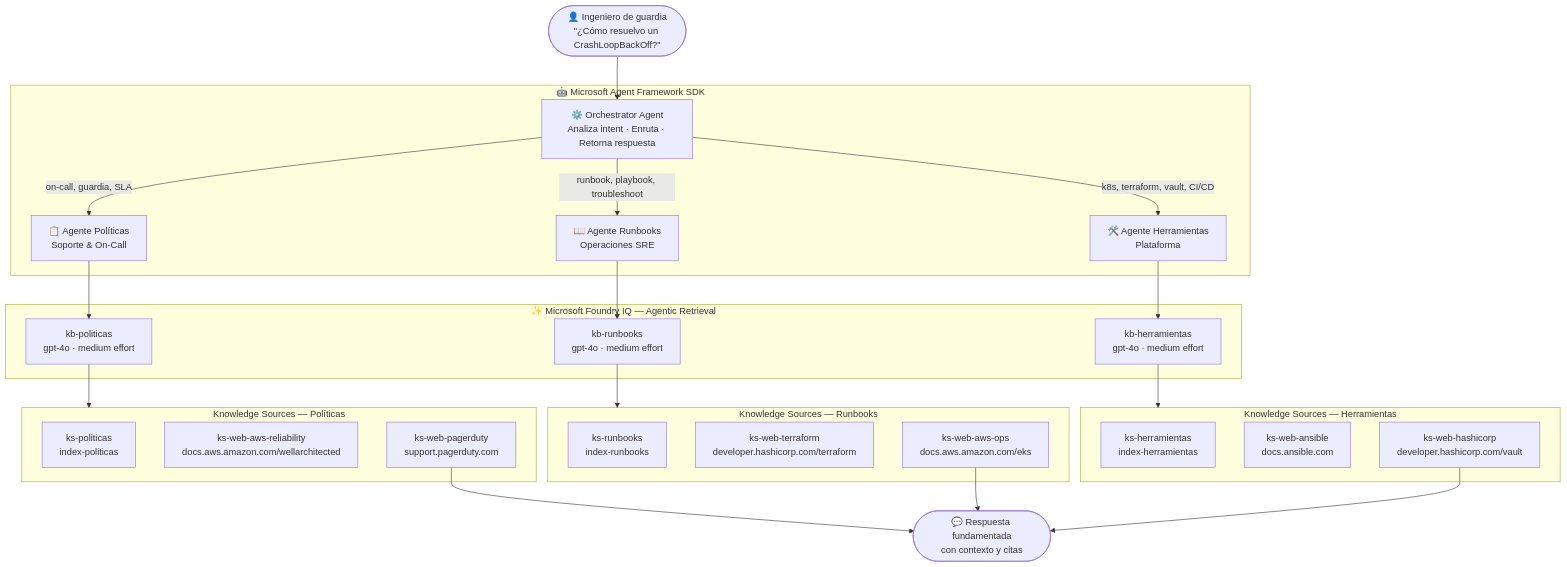
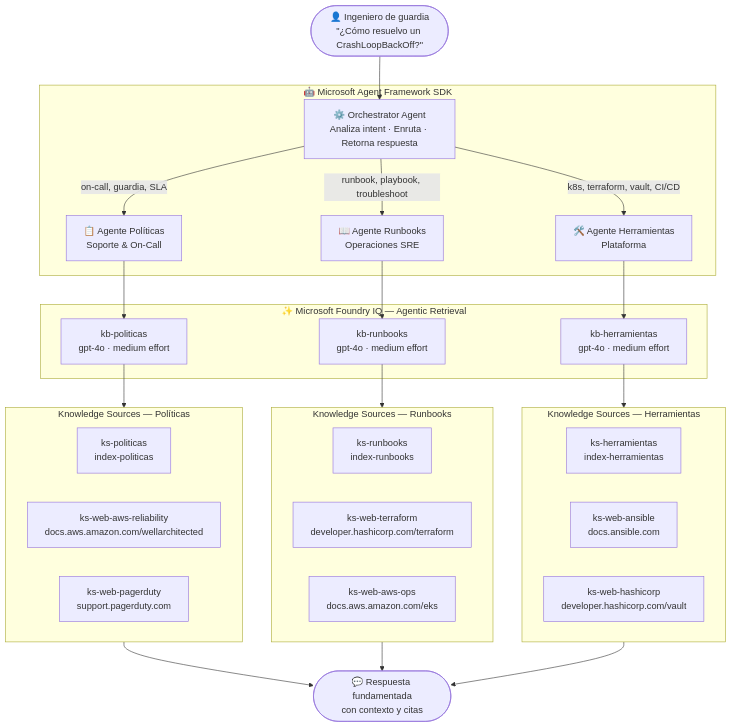
One commit to Martin-Sciarrillo/Demo-DevOps-Days changed the first of 2 diagrams in README.md. Above: the diagram before and after it, drawn with Mermaid.

Commit message:
fix: usar subgraph como fuente para nodo RESP en Mermaid

````diff
--- a/README.md
+++ b/README.md
@@ -28,51 +28,51 @@
 ```mermaid
 flowchart TD
     U(["👤 Ingeniero de guardia\n#quot;¿Cómo resuelvo un CrashLoopBackOff?#quot;"])
 
     subgraph AF["🤖 Microsoft Agent Framework SDK"]
         O["⚙️ Orchestrator Agent\nAnaliza intent · Enruta · Retorna respuesta"]
         A1["📋 Agente Políticas\nSoporte & On-Call"]
         A2["📖 Agente Runbooks\nOperaciones SRE"]
         A3["🛠️ Agente Herramientas\nPlataforma"]
     end
 
     subgraph FIQ["✨ Microsoft Foundry IQ — Agentic Retrieval"]
         KB1["kb-politicas\ngpt-4o · medium effort"]
         KB2["kb-runbooks\ngpt-4o · medium effort"]
         KB3["kb-herramientas\ngpt-4o · medium effort"]
     end
 
     subgraph SRC1["Knowledge Sources — Políticas"]
         P1["ks-politicas\nindex-politicas"]
         P2["ks-web-aws-reliability\ndocs.aws.amazon.com/wellarchitected"]
         P3["ks-web-pagerduty\nsupport.pagerduty.com"]
     end
 
     subgraph SRC2["Knowledge Sources — Runbooks"]
         R1["ks-runbooks\nindex-runbooks"]
         R2["ks-web-terraform\ndeveloper.hashicorp.com/terraform"]
         R3["ks-web-aws-ops\ndocs.aws.amazon.com/eks"]
     end
 
     subgraph SRC3["Knowledge Sources — Herramientas"]
         H1["ks-herramientas\nindex-herramientas"]
         H2["ks-web-ansible\ndocs.ansible.com"]
         H3["ks-web-hashicorp\ndeveloper.hashicorp.com/vault"]
     end
 
     RESP(["💬 Respuesta fundamentada\ncon contexto y citas"])
 
     U --> O
     O -->|"on-call, guardia, SLA"| A1
     O -->|"runbook, playbook, troubleshoot"| A2
     O -->|"k8s, terraform, vault, CI/CD"| A3
     A1 --> KB1
     A2 --> KB2
     A3 --> KB3
     KB1 --> SRC1
     KB2 --> SRC2
     KB3 --> SRC3
-    P3 --> RESP
-    R3 --> RESP
-    H3 --> RESP
+    SRC1 --> RESP
+    SRC2 --> RESP
+    SRC3 --> RESP
 ```
````
